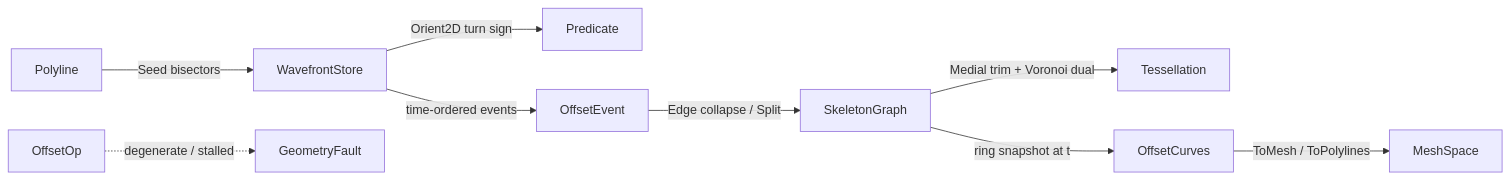
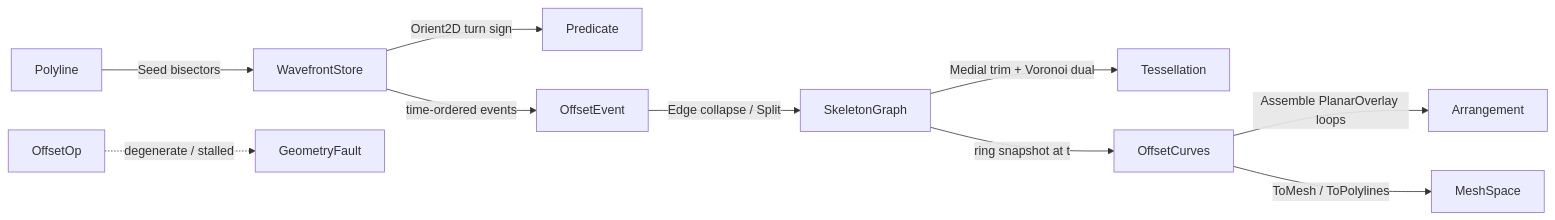
Before and after one commit to bsamiee/Rasm: the diagram in libs/csharp/Rasm/Geometry/.planning/offsetting/offset.md, drawn with Mermaid. The commit also changed other lines of this file and 265 other files, not shown here.

````diff
--- a/libs/csharp/Rasm/Geometry/.planning/offsetting/offset.md
+++ b/libs/csharp/Rasm/Geometry/.planning/offsetting/offset.md
@@ -251,11 +452,12 @@
 ```mermaid
 flowchart LR
     Polyline -->|Seed bisectors| WavefrontStore
     WavefrontStore -->|Orient2D turn sign| Predicate
     WavefrontStore -->|time-ordered events| OffsetEvent
     OffsetEvent -->|Edge collapse / Split| SkeletonGraph
     SkeletonGraph -->|Medial trim + Voronoi dual| Tessellation
     SkeletonGraph -->|ring snapshot at t| OffsetCurves
+    OffsetCurves -->|Assemble PlanarOverlay loops| Arrangement
     OffsetCurves -->|ToMesh / ToPolylines| MeshSpace
     OffsetOp -.->|degenerate / stalled| GeometryFault
 ```
````
